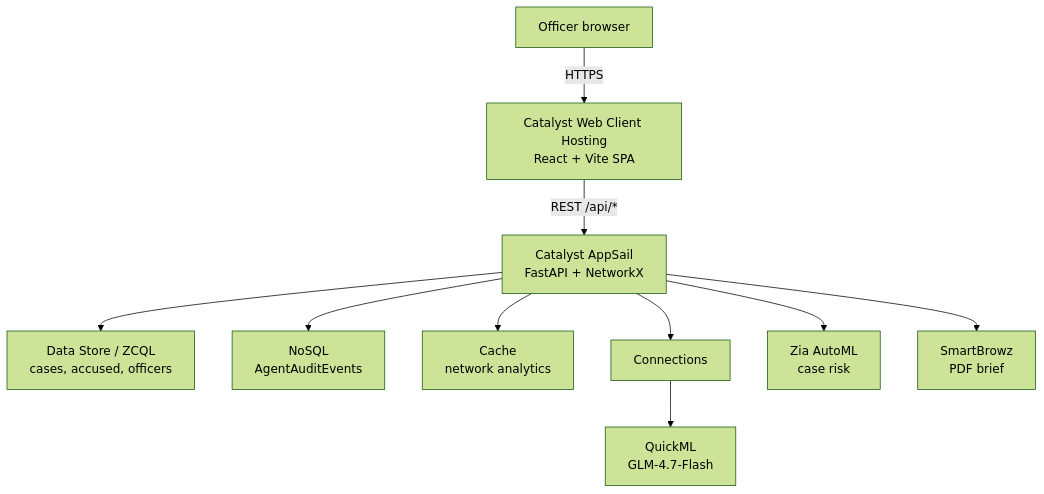
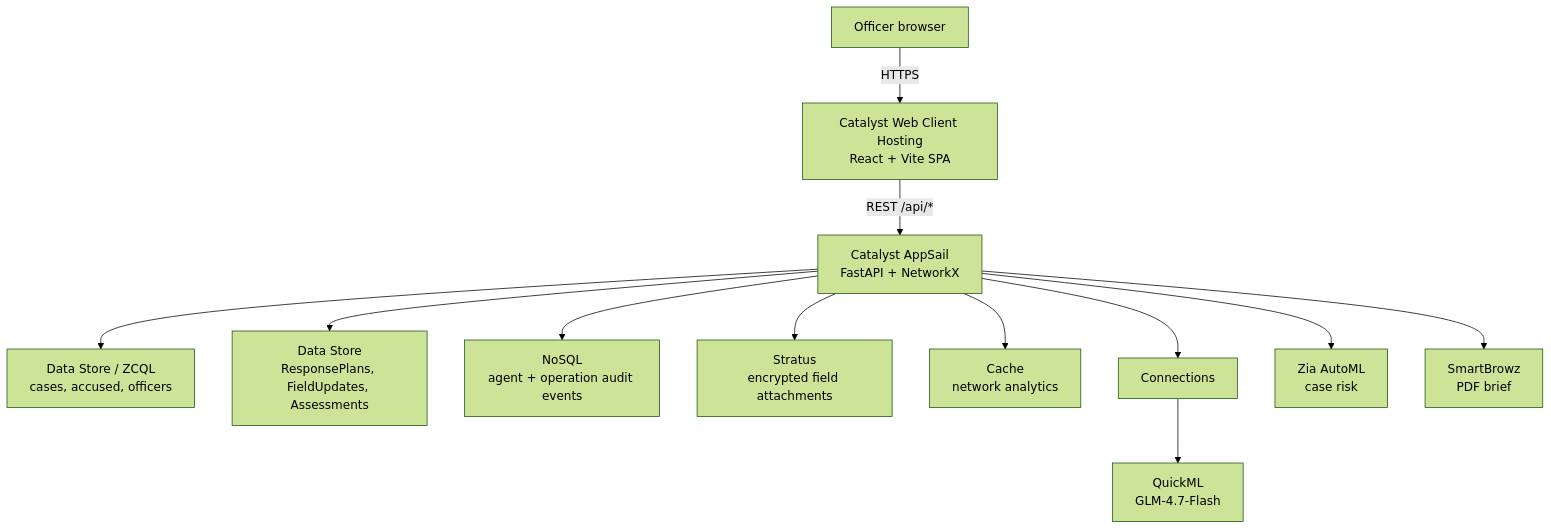
Before and after one commit to akanthed/Project-Garuda: the diagram in README.md, drawn with Mermaid (forest theme). The commit also changed other lines of this file and 12 other files, not shown here.

````diff
--- a/README.md
+++ b/README.md
@@ -70,11 +74,13 @@
 ```mermaid
 flowchart TD
     U["Officer browser"] -->|HTTPS| WC["Catalyst Web Client Hosting<br/>React + Vite SPA"]
     WC -->|REST /api/*| AS["Catalyst AppSail<br/>FastAPI + NetworkX"]
     AS --> DS["Data Store / ZCQL<br/>cases, accused, officers"]
-    AS --> NS["NoSQL<br/>AgentAuditEvents"]
+    AS --> OP["Data Store<br/>ResponsePlans, FieldUpdates, Assessments"]
+    AS --> NS["NoSQL<br/>agent + operation audit events"]
+    AS --> ST["Stratus<br/>encrypted field attachments"]
     AS --> CA["Cache<br/>network analytics"]
     AS --> CN["Connections"] --> QM["QuickML<br/>GLM-4.7-Flash"]
     AS --> ZA["Zia AutoML<br/>case risk"]
     AS --> SB["SmartBrowz<br/>PDF brief"]
 ```
````
